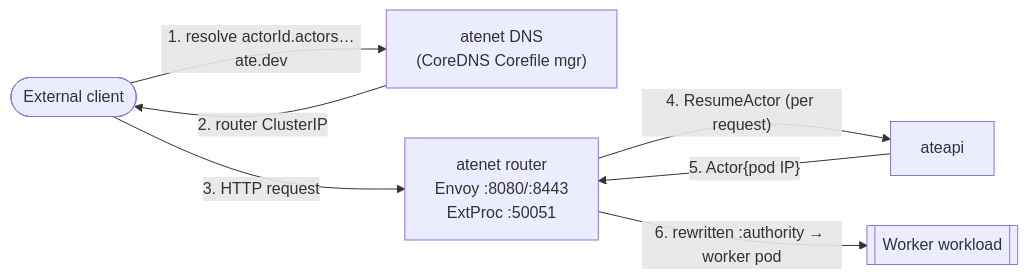
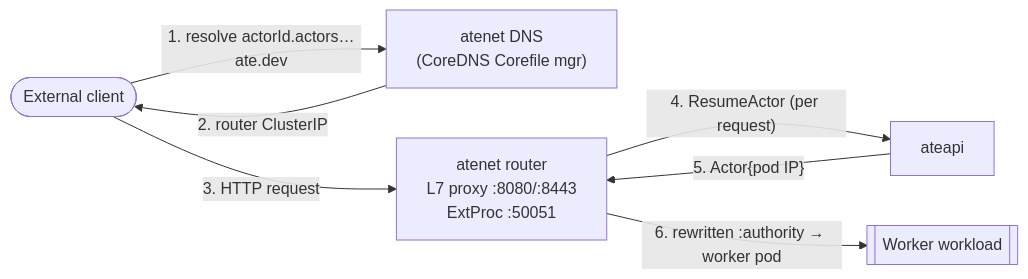
Before and after one commit to christian-posta/substrate: the third of 3 diagrams in atlas/src/content/docs/topology.mdx, drawn with Mermaid. The commit also changed other lines of this file and 6 other files, not shown here.

Commit message:
updated clickable diagram, fix a bug in atenet

````diff
--- a/atlas/src/content/docs/topology.mdx
+++ b/atlas/src/content/docs/topology.mdx
@@ -70,20 +70,20 @@
 ```mermaid
 flowchart LR
   Client([External client])
   DNS["atenet DNS<br/>(CoreDNS Corefile mgr)"]
-  ROUTER["atenet router<br/>Envoy :8080/:8443<br/>ExtProc :50051"]
+  ROUTER["atenet router<br/>L7 proxy :8080/:8443<br/>ExtProc :50051"]
   ATEAPI["ateapi"]
   WORKLOAD[["Worker workload"]]
 
   Client -- "1. resolve actorId.actors…ate.dev" --> DNS
   DNS -- "2. router ClusterIP" --> Client
   Client -- "3. HTTP request" --> ROUTER
   ROUTER -- "4. ResumeActor (per request)" --> ATEAPI
   ATEAPI -- "5. Actor{pod IP}" --> ROUTER
   ROUTER -- "6. rewritten :authority → worker pod" --> WORKLOAD
 
   click DNS "/components/atenet/" "atenet DNS"
   click ROUTER "/components/atenet/" "atenet router"
   click ATEAPI "/components/ateapi/" "ateapi"
   click WORKLOAD "/components/workers/" "Workers"
 ```
````
